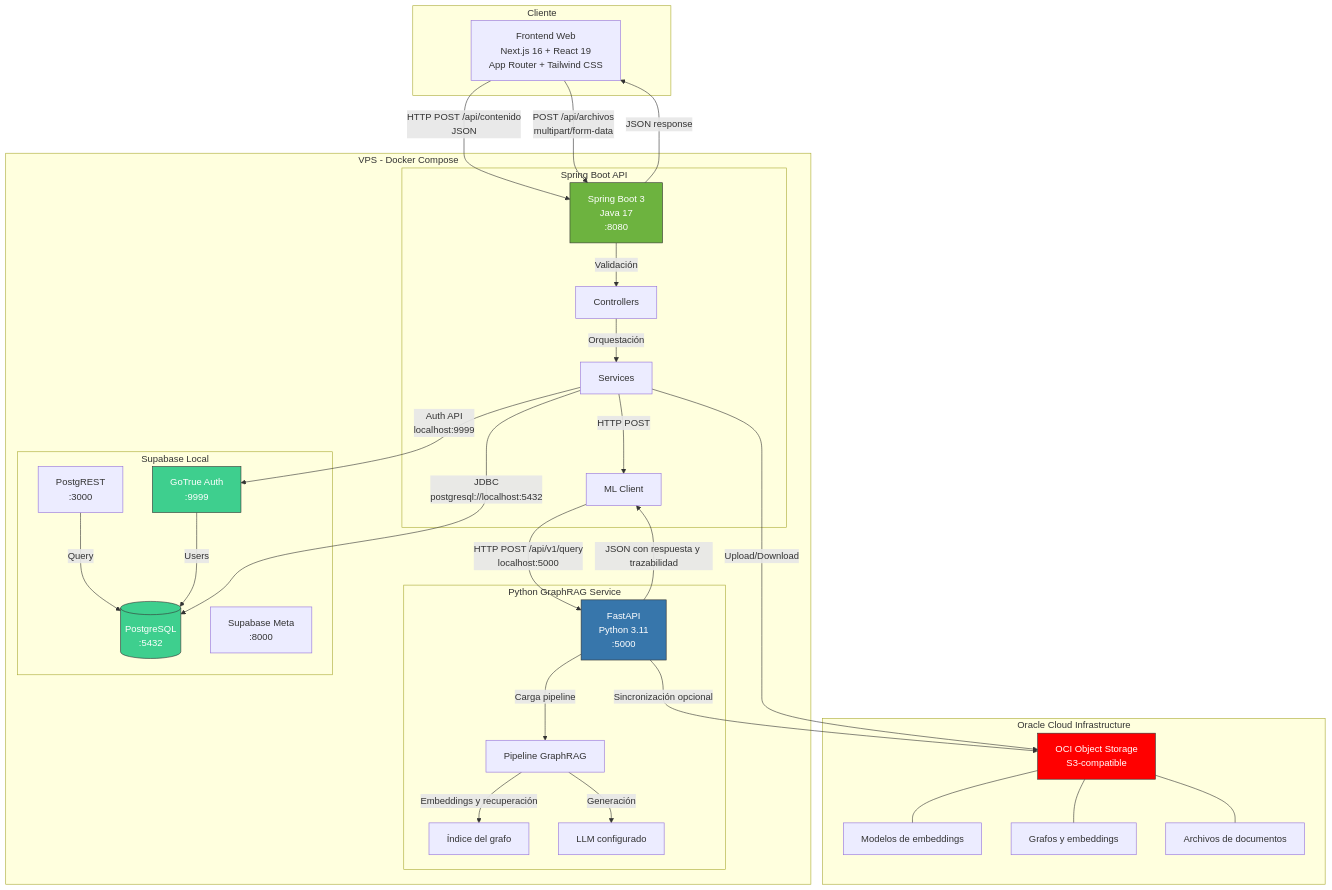
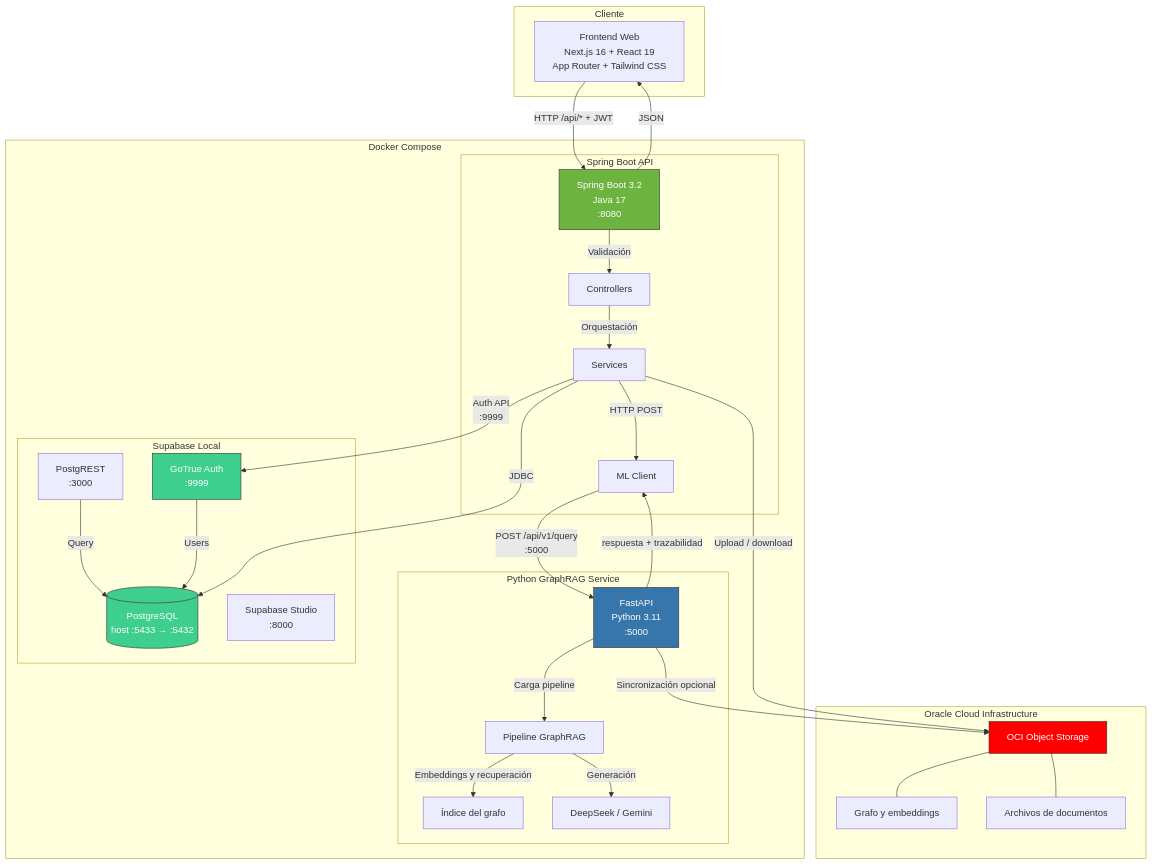
Before and after one commit to No-Country-simulation/G9-LATAM-Team_40: the diagram in README.md, drawn with Mermaid. The commit also changed other lines of this file and 2 other files, not shown here.

Commit message:
docs: actualizar documentación de API y despliegue

````diff
--- a/README.md
+++ b/README.md
@@ -39,57 +40,54 @@
 ```mermaid
 graph TB
     subgraph "Cliente"
         Client[Frontend Web<br>Next.js 16 + React 19<br>App Router + Tailwind CSS]
     end
 
-    subgraph "VPS - Docker Compose"
+    subgraph "Docker Compose"
         subgraph "Spring Boot API"
-            SB[Spring Boot 3<br>Java 17<br>:8080]
+            SB[Spring Boot 3.2<br>Java 17<br>:8080]
             SB -->|Validación| Controller[Controllers]
             Controller -->|Orquestación| Service[Services]
             Service -->|HTTP POST| MlClient[ML Client]
         end
 
-    subgraph "Python GraphRAG Service"
-        FastAPI[FastAPI<br>Python 3.11<br>:5000]
-        FastAPI -->|Carga pipeline| Pipeline[Pipeline GraphRAG]
-        Pipeline -->|Embeddings y recuperación| Index[Índice del grafo]
-        Pipeline -->|Generación| LLM[LLM configurado]
-    end
+        subgraph "Python GraphRAG Service"
+            FastAPI[FastAPI<br>Python 3.11<br>:5000]
+            FastAPI -->|Carga pipeline| Pipeline[Pipeline GraphRAG]
+            Pipeline -->|Embeddings y recuperación| Index[Índice del grafo]
+            Pipeline -->|Generación| LLM[DeepSeek / Gemini]
+        end
 
         subgraph "Supabase Local"
-            SupaDB[(PostgreSQL<br>:5432)]
+            SupaDB[(PostgreSQL<br>host :5433 → :5432)]
             SupaAuth[GoTrue Auth<br>:9999]
             SupaREST[PostgREST<br>:3000]
-            SupaMeta[Supabase Meta<br>:8000]
+            SupaMeta[Supabase Studio<br>:8000]
             SupaREST -->|Query| SupaDB
             SupaAuth -->|Users| SupaDB
         end
     end
 
     subgraph "Oracle Cloud Infrastructure"
-        OCI[OCI Object Storage<br>S3-compatible]
-        Models[Modelos de embeddings]
-        Graph[Grafos y embeddings]
+        OCI[OCI Object Storage]
+        Graph[Grafo y embeddings]
         Files[Archivos de documentos]
-        OCI --- Models
         OCI --- Graph
         OCI --- Files
     end
 
-    Client -->|HTTP POST /api/contenido<br>JSON| SB
-    Client -->|POST /api/archivos<br>multipart/form-data| SB
-    MlClient -->|HTTP POST /api/v1/query<br>localhost:5000| FastAPI
-    Service -->|JDBC<br>postgresql://localhost:5432| SupaDB
-    Service -->|Auth API<br>localhost:9999| SupaAuth
-    Service -->|Upload/Download| OCI
+    Client -->|HTTP /api/* + JWT| SB
+    MlClient -->|POST /api/v1/query<br>:5000| FastAPI
+    Service -->|JDBC| SupaDB
+    Service -->|Auth API<br>:9999| SupaAuth
+    Service -->|Upload / download| OCI
     FastAPI -->|Sincronización opcional| OCI
-    FastAPI -->|JSON con respuesta y trazabilidad| MlClient
-    SB -->|JSON response| Client
+    FastAPI -->|respuesta + trazabilidad| MlClient
+    SB -->|JSON| Client
 
     style SB fill:#6DB33F,stroke:#333,color:#fff
     style FastAPI fill:#3776AB,stroke:#333,color:#fff
     style SupaDB fill:#3ECF8E,stroke:#333,color:#fff
     style SupaAuth fill:#3ECF8E,stroke:#333,color:#fff
     style OCI fill:#FF0000,stroke:#333,color:#fff
 ```
````
